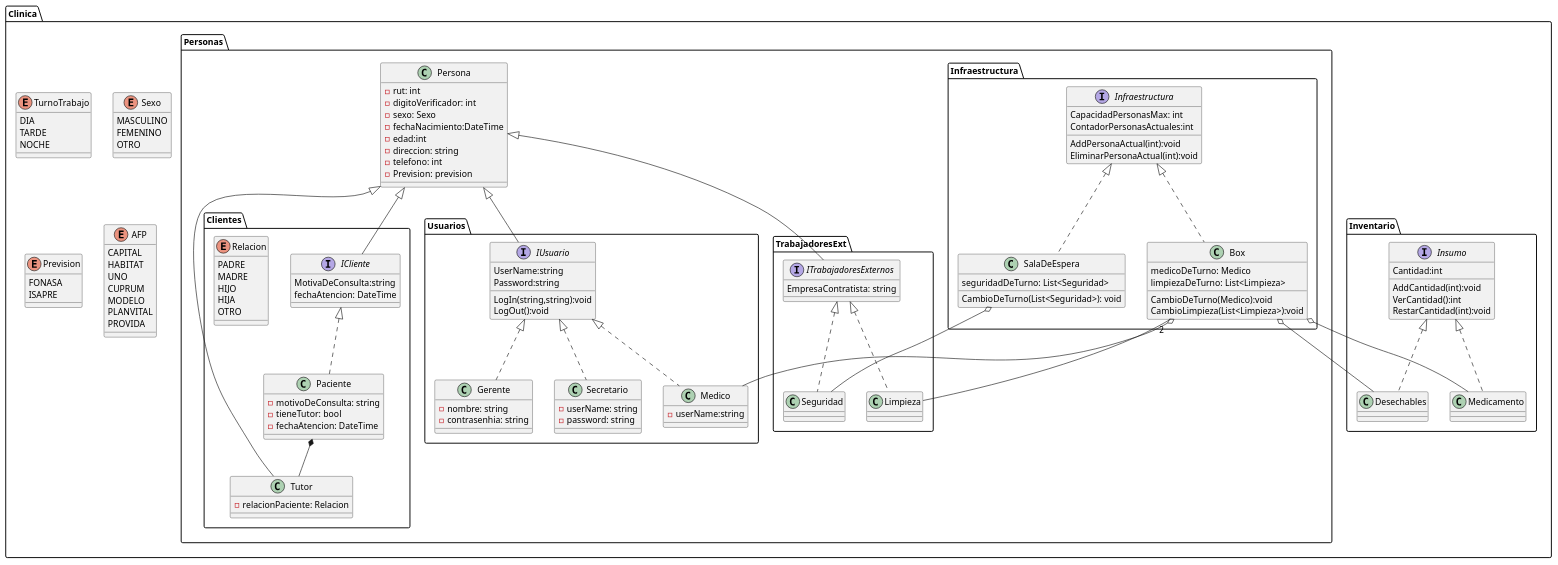
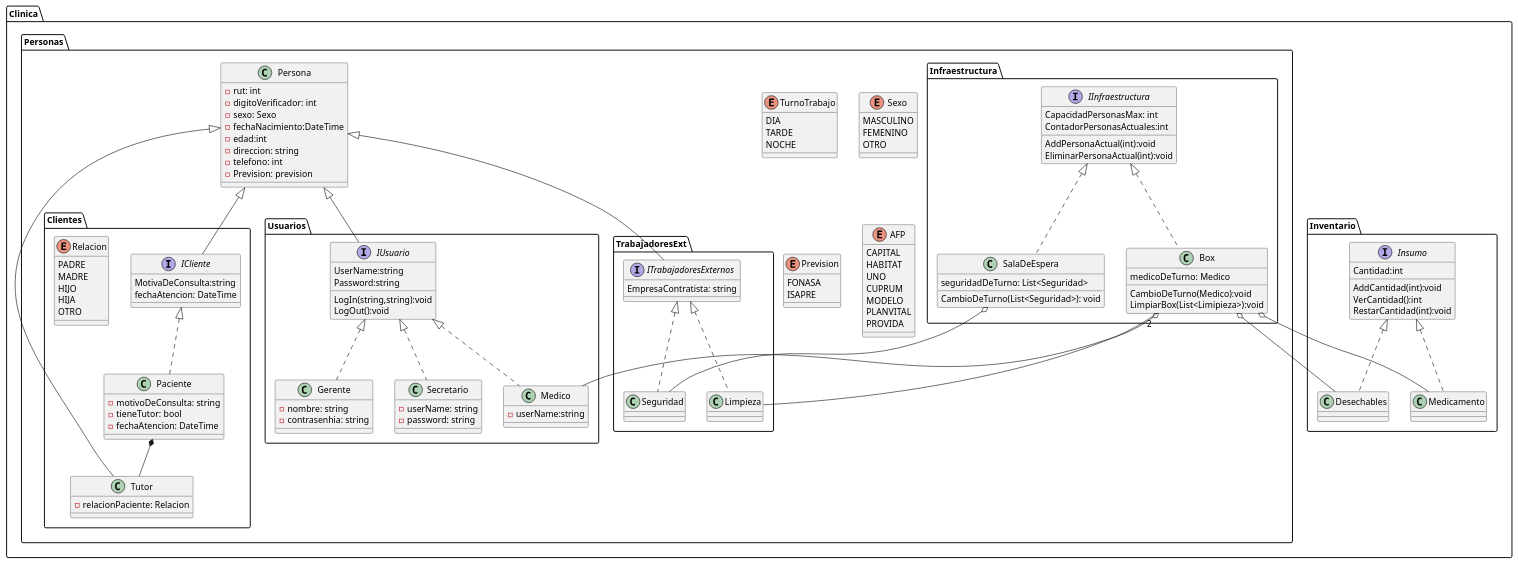
Before and after one commit to ecadiz123/ProyectoAvaloniaProgra2: the diagram in consultorio.puml, drawn with PlantUML.

Commit message:
Relaciones comentadas y organizadas

```diff
--- a/consultorio.puml
+++ b/consultorio.puml
@@ -1,170 +1,181 @@
 @startuml Consultorio
 package Clinica
 {
    
+    
+    package Inventario
+    {
+
+        interface Insumo {
+            Cantidad:int
+            AddCantidad(int):void
+            VerCantidad():int
+            RestarCantidad(int):void
+        }
+        class Medicamento {}
+        class Desechables {}
+    }
+    package Personas
+    {
+
     enum TurnoTrabajo{
         DIA
         TARDE
         NOCHE
     }
     enum Sexo{
         MASCULINO
         FEMENINO
         OTRO
     }
     enum Prevision{
         FONASA
         ISAPRE
     }
 
     enum AFP{
         CAPITAL
         HABITAT
         UNO
         CUPRUM
         MODELO
         PLANVITAL
         PROVIDA
     }
-    
-    package Inventario
-    {
-
-        interface Insumo {
-            Cantidad:int
-            AddCantidad(int):void
-            VerCantidad():int
-            RestarCantidad(int):void
-        }
-        class Medicamento {}
-        class Desechables {}
-        'Interfaz
-        Insumo<|.. Medicamento
-        Insumo<|.. Desechables
-    }
-    package Personas
-    {
         class Persona
         {
         - rut: int
         - digitoVerificador: int
         - sexo: Sexo
         - fechaNacimiento:DateTime
         - edad:int
         - direccion: string
         - telefono: int
         - Prevision: prevision
         }
 
         package TrabajadoresExt
         {
         interface ITrabajadoresExternos{
             EmpresaContratista: string
         }
          class Limpieza{}
 
         class Seguridad{
         }
         }
         package Clientes
         {
             interface ICliente{
             MotivaDeConsulta:string
             fechaAtencion: DateTime
         }
 
         enum Relacion{
             PADRE
             MADRE
             HIJO
             HIJA
             OTRO
         }
          class Paciente{
             - motivoDeConsulta: string
             - tieneTutor: bool
             - fechaAtencion: DateTime
         }
         class Tutor{
             - relacionPaciente: Relacion
         }
         }
         
 
-        'Relaciones
-        'Herencias
-        Persona<|-- Tutor
-       
-        'Composicion
-        Paciente *-- Tutor
-        'Interfaces
-        Persona<|-- ITrabajadoresExternos
-        Persona<|-- ICliente
-        ICliente<|.. Paciente
-        ITrabajadoresExternos<|.. Limpieza
-        ITrabajadoresExternos<|.. Seguridad
+        
         package Usuarios
         {
             interface IUsuario
             {
                 LogIn(string,string):void
                 LogOut():void
                 UserName:string
                 Password:string
             }
             class Secretario{
                 -userName: string
                 -password: string
             }
 
             class Medico{
                 - userName:string
             }
 
             class Gerente
             {
                 -nombre: string
                 -contrasenhia: string
 
             }
-            Persona <|-- IUsuario
-            IUsuario<|.. Secretario
-            IUsuario<|.. Gerente
-            IUsuario<|.. Medico
+          
         }
         package Infraestructura
          {
-             interface Infraestructura{
+             interface IInfraestructura{
                  CapacidadPersonasMax: int
                  ContadorPersonasActuales:int
                  AddPersonaActual(int):void
                  EliminarPersonaActual(int):void
              }
              class Box{
                  medicoDeTurno: Medico
-                 limpiezaDeTurno: List<Limpieza>
                  CambioDeTurno(Medico):void
-                 CambioLimpieza(List<Limpieza>):void
+                 LimpiarBox(List<Limipieza>):void
              }
              class SalaDeEspera {
                  seguridadDeTurno: List<Seguridad>
                  CambioDeTurno(List<Seguridad>): void
              }
-             'Agregacion
-             Box o-- Medico
-             SalaDeEspera o-- Seguridad
-             'Asociacion
-             Box "2" -- Limpieza
-             'Composicion
-             Box o-- Medicamento
-             Box o-- Desechables
-             'Interfaz
-             Infraestructura<|.. Box
-             Infraestructura<|.. SalaDeEspera
+             
 
          }
+        'Relaciones
+        'Herencias
+        Persona<|-- Tutor
+       
+        'Composicion
+        '(Se tienen en campo y no existen sin estar dentro de la clase)
+        Paciente *-- Tutor
+        'Agregacion
+        '(Se tienen en campo pero existen independiente)
+        Box o-- Medico
+        SalaDeEspera o-- Seguridad
+        Box o-- Medicamento
+        Box o-- Desechables
+        'Asociacion
+        '(Interactuan pero son independientes, ej: pueden estar en metodo de el objeto)
+        Box "2" -- Limpieza
+
+        'Interfaces:
+
+        'Herencias Interfaces
+        Persona <|-- ITrabajadoresExternos
+        Persona <|-- ICliente
+        Persona <|-- IUsuario
+        'Interfaz T externos
+        ITrabajadoresExternos <|.. Limpieza
+        ITrabajadoresExternos <|.. Seguridad
+        'Interfaz Usuarios
+        IUsuario <|.. Secretario
+        IUsuario <|.. Gerente
+        IUsuario <|.. Medico
+        'Interfaz Clientes
+        ICliente <|.. Paciente
+        'Interfaz Insumos
+        Insumo <|.. Medicamento
+        Insumo <|.. Desechables
+        'Interfaz Infraestructura
+        IInfraestructura <|.. Box
+        IInfraestructura <|.. SalaDeEspera
         
     }
     
 }
 @enduml
```
